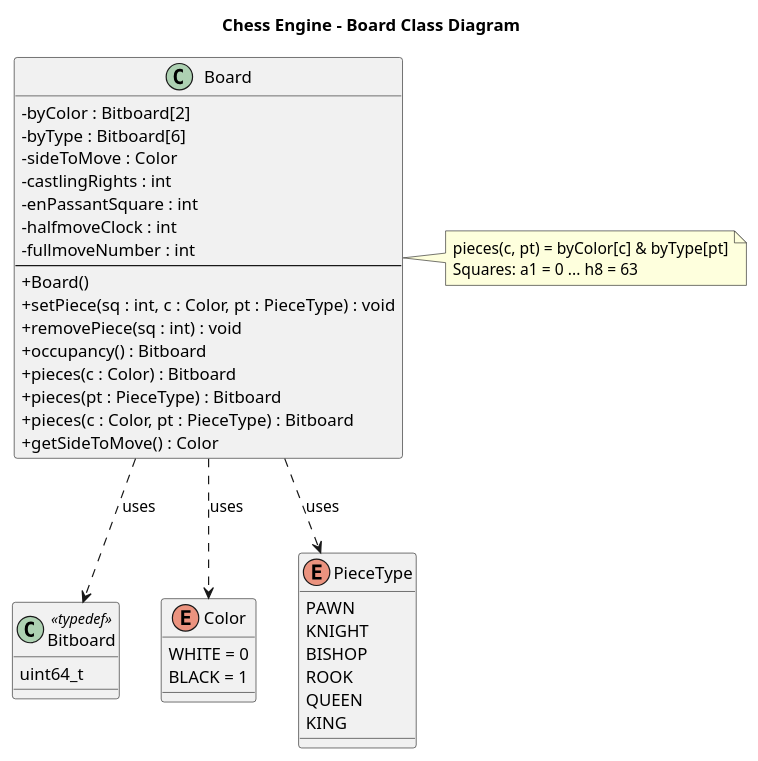
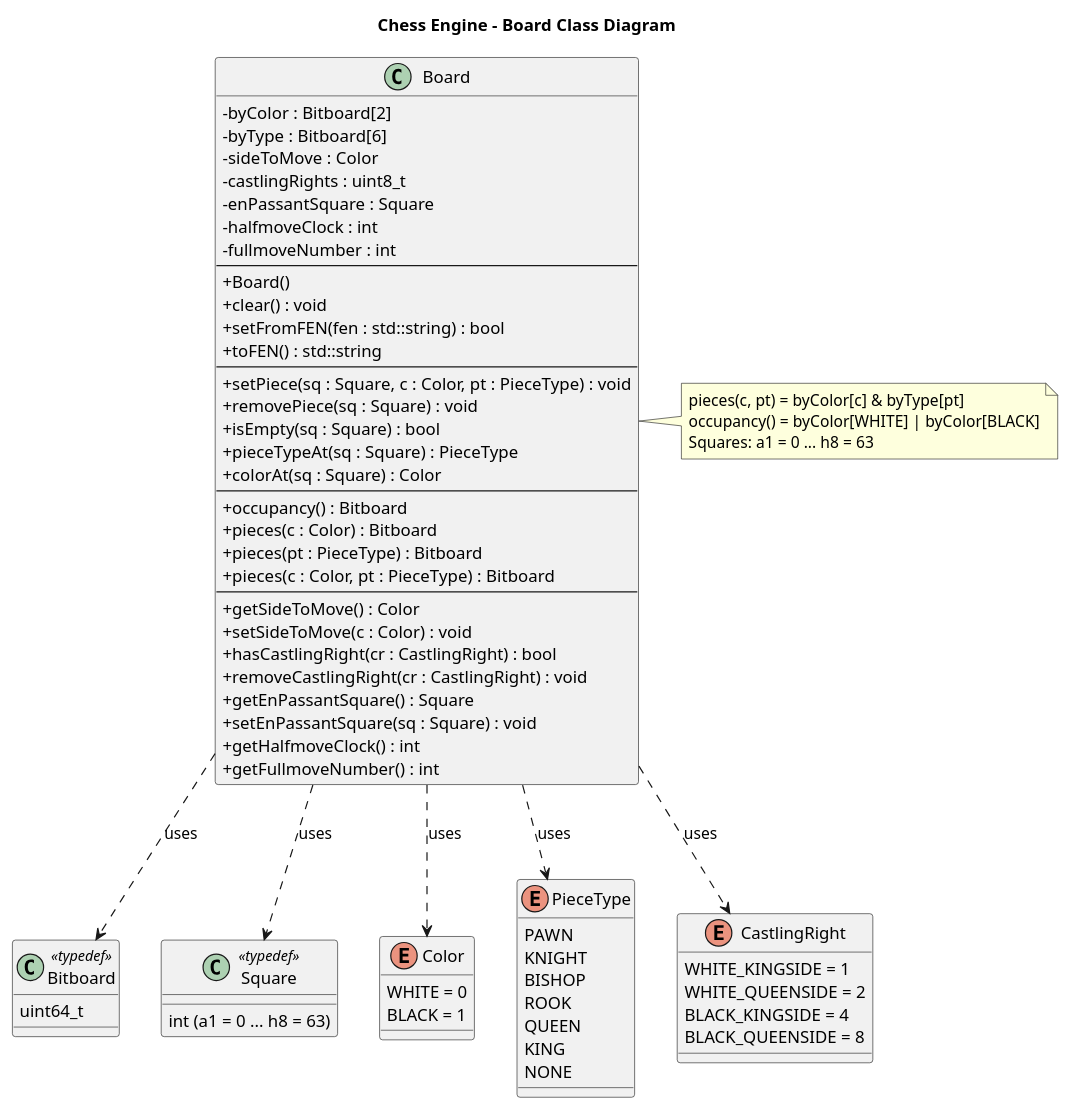
Before and after one commit to AbdullahM53/chess-engine: the diagram in docs/board.puml, drawn with PlantUML.

Commit message:
Refine Board class with type changes for clarity
Updated Board class to use Square type for enPassantSquare and changed castlingRights to uint8_t for better memory efficiency.

```diff
--- a/docs/board.puml
+++ b/docs/board.puml
@@ -1,56 +1,87 @@
 @startuml Board_ClassDiagram
 title Chess Engine - Board Class Diagram
 
 skinparam classAttributeIconSize 0
 skinparam shadowing false
 skinparam defaultFontName Arial
 
 ' ---- Types ----
 class "Bitboard" as BB <<typedef>> {
     uint64_t
+}
+
+class "Square" as SQ <<typedef>> {
+    int (a1 = 0 ... h8 = 63)
 }
 
 enum Color {
     WHITE = 0
     BLACK = 1
 }
 
 enum PieceType {
     PAWN
     KNIGHT
     BISHOP
     ROOK
     QUEEN
     KING
+    NONE
+}
+
+enum CastlingRight {
+    WHITE_KINGSIDE = 1
+    WHITE_QUEENSIDE = 2
+    BLACK_KINGSIDE = 4
+    BLACK_QUEENSIDE = 8
 }
 
 ' ---- Main class ----
 class Board {
     - byColor : Bitboard[2]
     - byType : Bitboard[6]
     - sideToMove : Color
-    - castlingRights : int
-    - enPassantSquare : int
+    - castlingRights : uint8_t
+    - enPassantSquare : Square
     - halfmoveClock : int
     - fullmoveNumber : int
     --
     + Board()
-    + setPiece(sq : int, c : Color, pt : PieceType) : void
-    + removePiece(sq : int) : void
+    + clear() : void
+    + setFromFEN(fen : std::string) : bool
+    + toFEN() : std::string
+    --
+    + setPiece(sq : Square, c : Color, pt : PieceType) : void
+    + removePiece(sq : Square) : void
+    + isEmpty(sq : Square) : bool
+    + pieceTypeAt(sq : Square) : PieceType
+    + colorAt(sq : Square) : Color
+    --
     + occupancy() : Bitboard
     + pieces(c : Color) : Bitboard
     + pieces(pt : PieceType) : Bitboard
     + pieces(c : Color, pt : PieceType) : Bitboard
+    --
     + getSideToMove() : Color
+    + setSideToMove(c : Color) : void
+    + hasCastlingRight(cr : CastlingRight) : bool
+    + removeCastlingRight(cr : CastlingRight) : void
+    + getEnPassantSquare() : Square
+    + setEnPassantSquare(sq : Square) : void
+    + getHalfmoveClock() : int
+    + getFullmoveNumber() : int
 }
 
 Board ..> BB : uses
+Board ..> SQ : uses
 Board ..> Color : uses
 Board ..> PieceType : uses
+Board ..> CastlingRight : uses
 
 note right of Board
   pieces(c, pt) = byColor[c] & byType[pt]
+  occupancy() = byColor[WHITE] | byColor[BLACK]
   Squares: a1 = 0 ... h8 = 63
 end note
 
 @enduml
```
